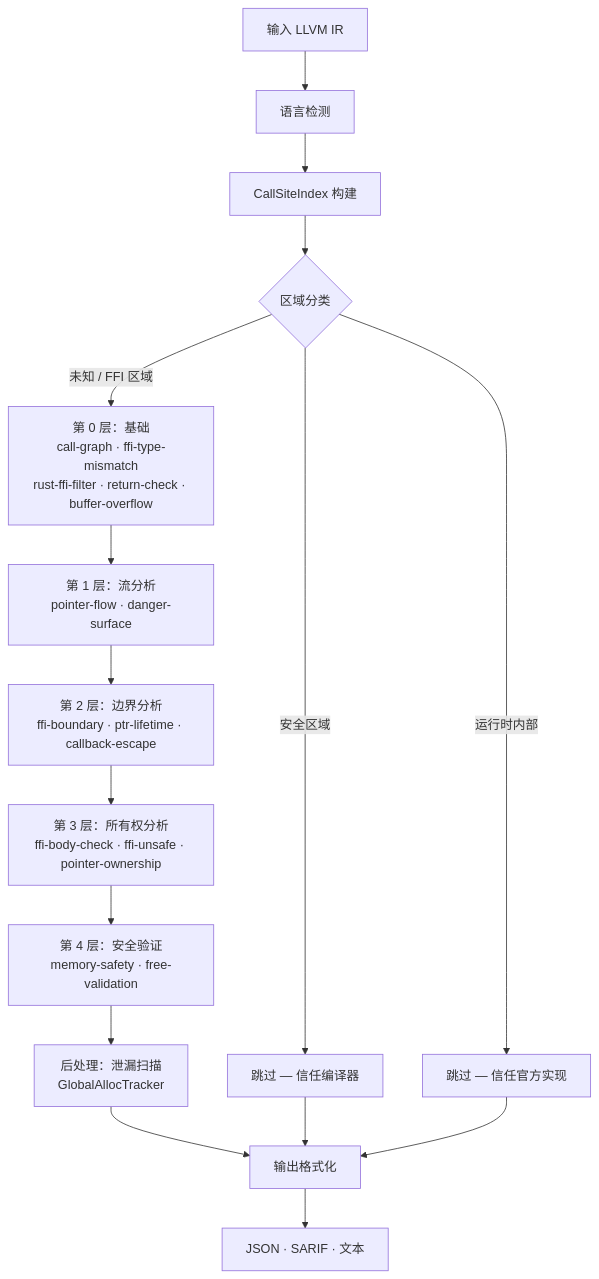
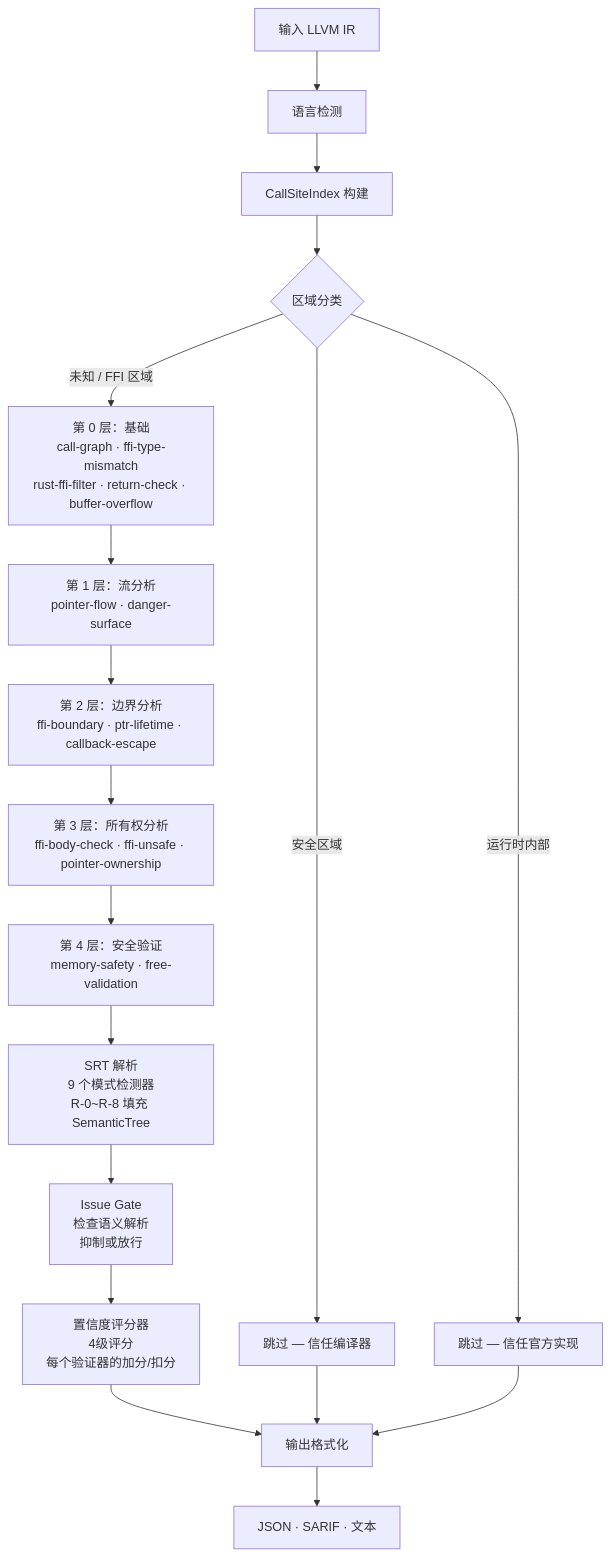
The third of 3 diagrams in README_zh.md (Timwood0x10/OmniScope), drawn with Mermaid before and after one commit. The commit also changed other lines of this file and 6 other files, not shown here.

````diff
--- a/README_zh.md
+++ b/README_zh.md
@@ -183,21 +235,23 @@
 ```mermaid
 flowchart TD
     Start[输入 LLVM IR] --> LangDetect[语言检测]
     LangDetect --> CSI[CallSiteIndex 构建]
     CSI --> Zone{区域分类}
     
     Zone -->|安全区域| Skip1[跳过 — 信任编译器]
     Zone -->|运行时内部| Skip2[跳过 — 信任官方实现]
     Zone -->|未知 / FFI 区域| L0[第 0 层：基础<br/>call-graph · ffi-type-mismatch<br/>rust-ffi-filter · return-check · buffer-overflow]
     
     L0 --> L1[第 1 层：流分析<br/>pointer-flow · danger-surface]
     L1 --> L2[第 2 层：边界分析<br/>ffi-boundary · ptr-lifetime · callback-escape]
     L2 --> L3[第 3 层：所有权分析<br/>ffi-body-check · ffi-unsafe · pointer-ownership]
     L3 --> L4[第 4 层：安全验证<br/>memory-safety · free-validation]
-    L4 --> Post[后处理：泄漏扫描<br/>GlobalAllocTracker]
-    Post --> Formatter[输出格式化]
+    L4 --> SRT[SRT 解析<br/>9 个模式检测器<br/>R-0~R-8 填充 SemanticTree]
+    SRT --> IG[Issue Gate<br/>检查语义解析<br/>抑制或放行]
+    IG --> CS[置信度评分器<br/>4级评分<br/>每个验证器的加分/扣分]
+    CS --> Formatter[输出格式化]
     
     Skip1 --> Formatter
     Skip2 --> Formatter
     Formatter --> Output[JSON · SARIF · 文本]
 ```
````
